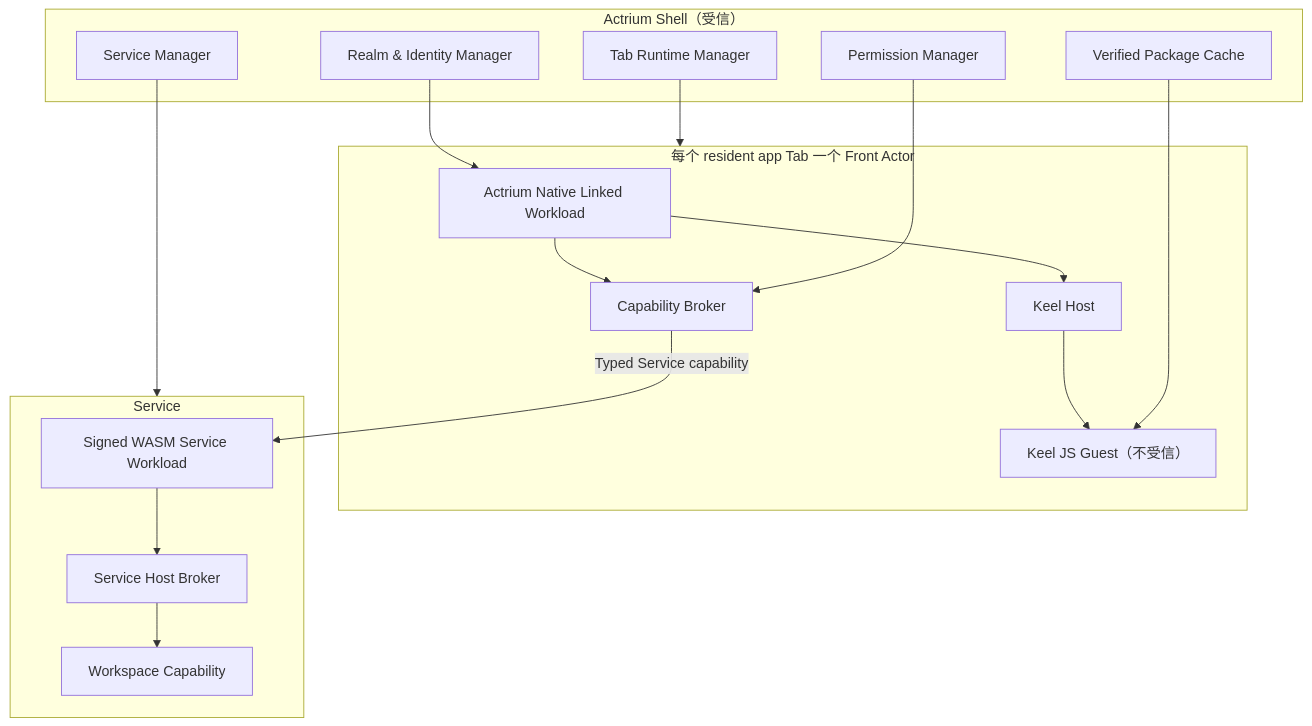
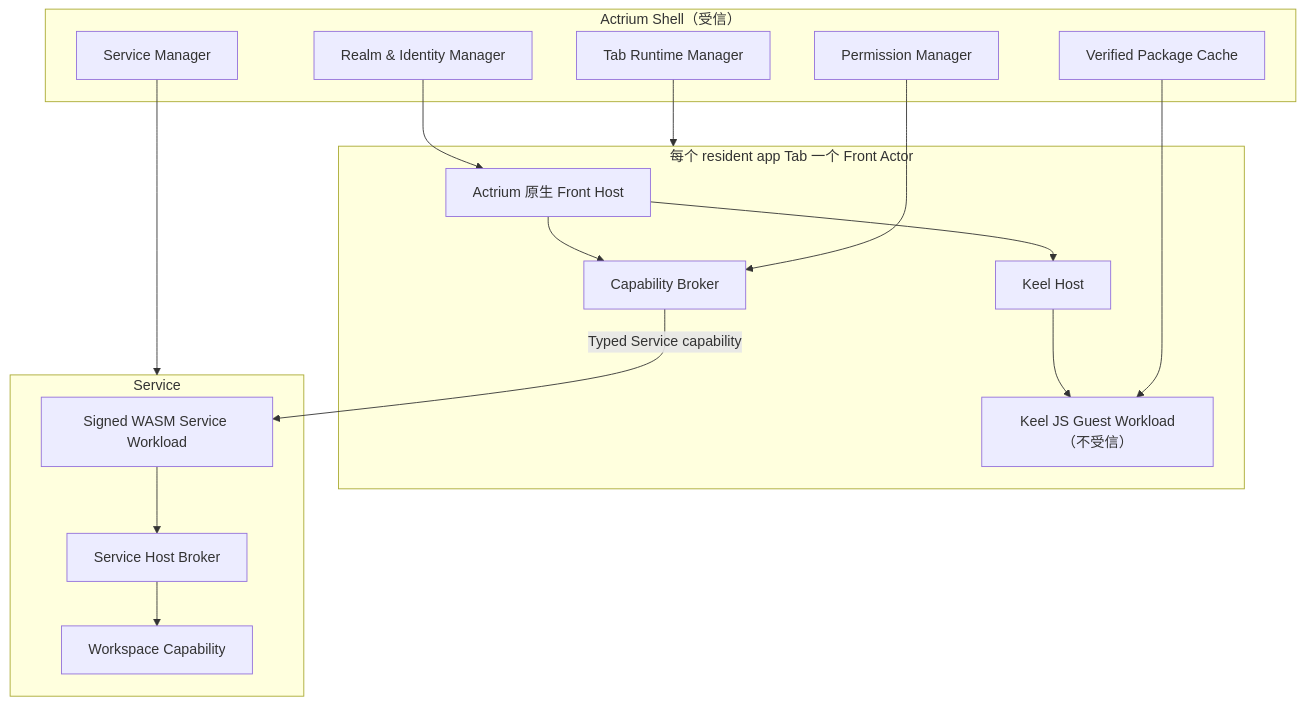
Before and after one commit to Actrium/actrium: the diagram in docs/product/actrium-v1/06-runtime-and-protocol.zh.md, drawn with Mermaid. The commit also changed other lines of this file and 26 other files, not shown here.

````diff
--- a/docs/product/actrium-v1/06-runtime-and-protocol.zh.md
+++ b/docs/product/actrium-v1/06-runtime-and-protocol.zh.md
@@ -5,35 +5,35 @@
 ```mermaid
 flowchart TB
     subgraph Shell["Actrium Shell（受信）"]
         TRM["Tab Runtime Manager"]
         PR["Verified Package Cache"]
         PM["Permission Manager"]
         RM["Realm & Identity Manager"]
         SM["Service Manager"]
     end
 
     subgraph Front["每个 resident app Tab 一个 Front Actor"]
-        NW["Actrium Native Linked Workload"]
+        NW["Actrium 原生 Front Host"]
         RH["Keel Host"]
         CB["Capability Broker"]
-        RG["Keel JS Guest（不受信）"]
+        RG["Keel JS Guest Workload（不受信）"]
         NW --> RH
         RH --> RG
         NW --> CB
     end
 
     subgraph Service["Service"]
         SW["Signed WASM Service Workload"]
         SB["Service Host Broker"]
         WS["Workspace Capability"]
         SW --> SB
         SB --> WS
     end
 
     TRM --> Front
     PR --> RG
     PM --> CB
     RM --> NW
     SM --> Service
     CB -->|"Typed Service capability"| SW
 ```
````
